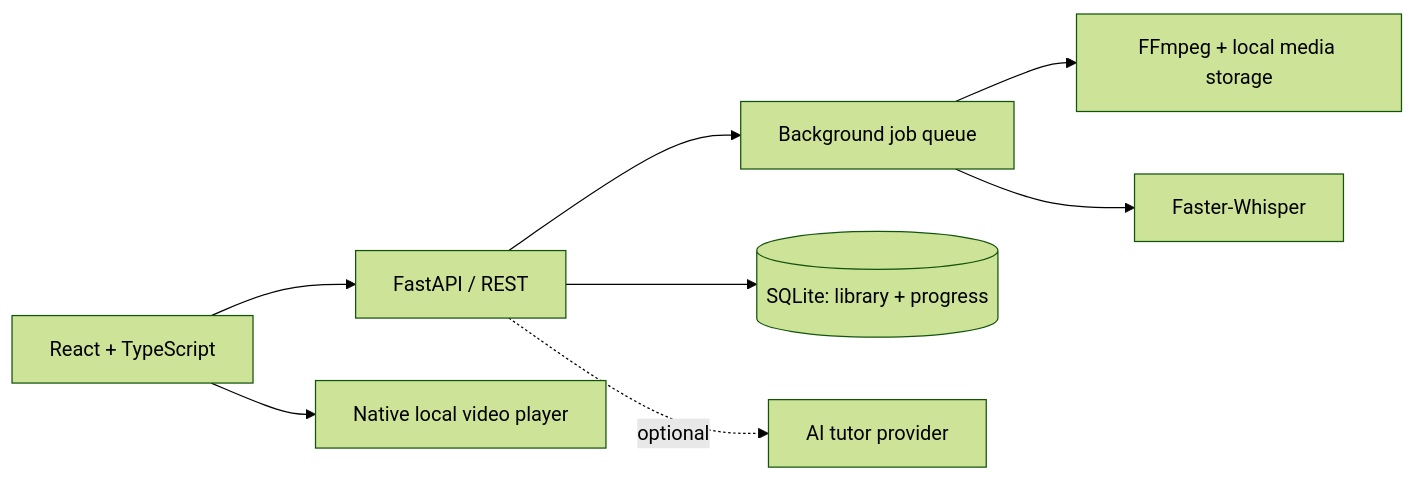
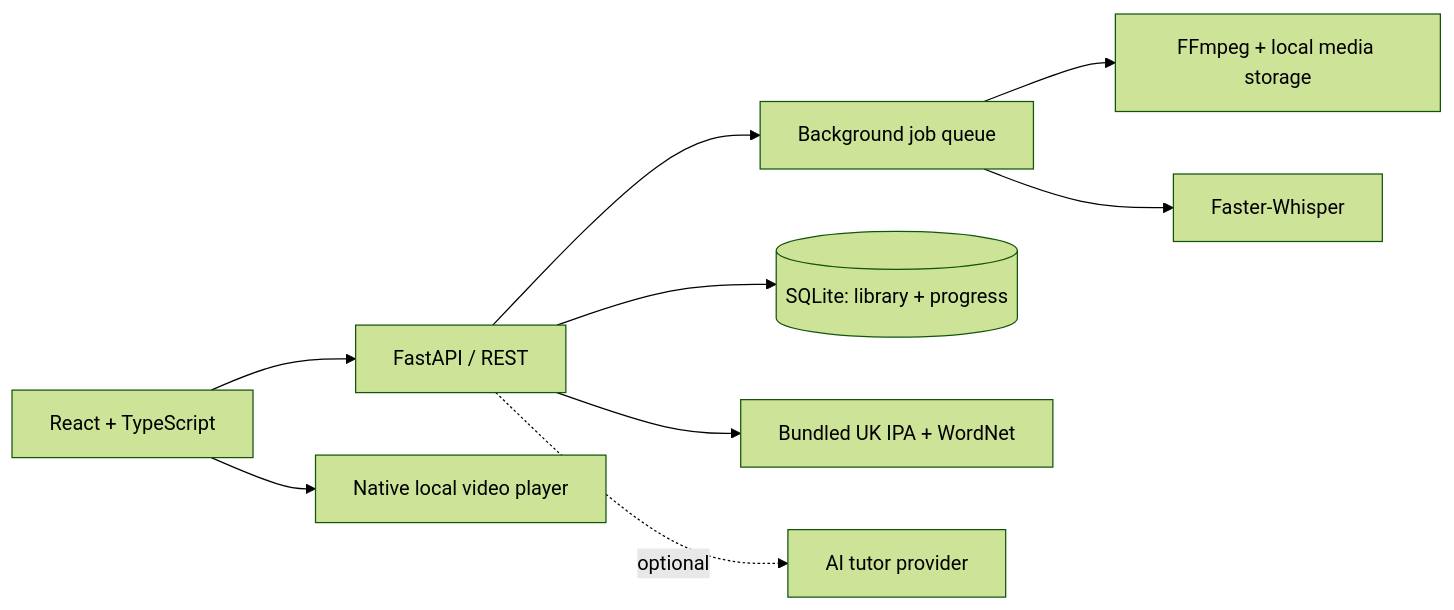
Before and after one commit to iamcristian/fluenttube: the diagram in README.md, drawn with Mermaid (forest theme). The commit also changed other lines of this file and 59 other files, not shown here.

````diff
--- a/README.md
+++ b/README.md
@@ -104,10 +108,11 @@
 ```mermaid
 flowchart LR
     Browser[React + TypeScript] --> API[FastAPI / REST]
     Browser --> Player[Native local video player]
     API --> Jobs[Background job queue]
     API --> SQLite[(SQLite: library + progress)]
     Jobs --> Media[FFmpeg + local media storage]
     Jobs --> ASR[Faster-Whisper]
+    API --> Dictionaries[Bundled UK IPA + WordNet]
     API -. optional .-> Tutor[AI tutor provider]
 ```
````
